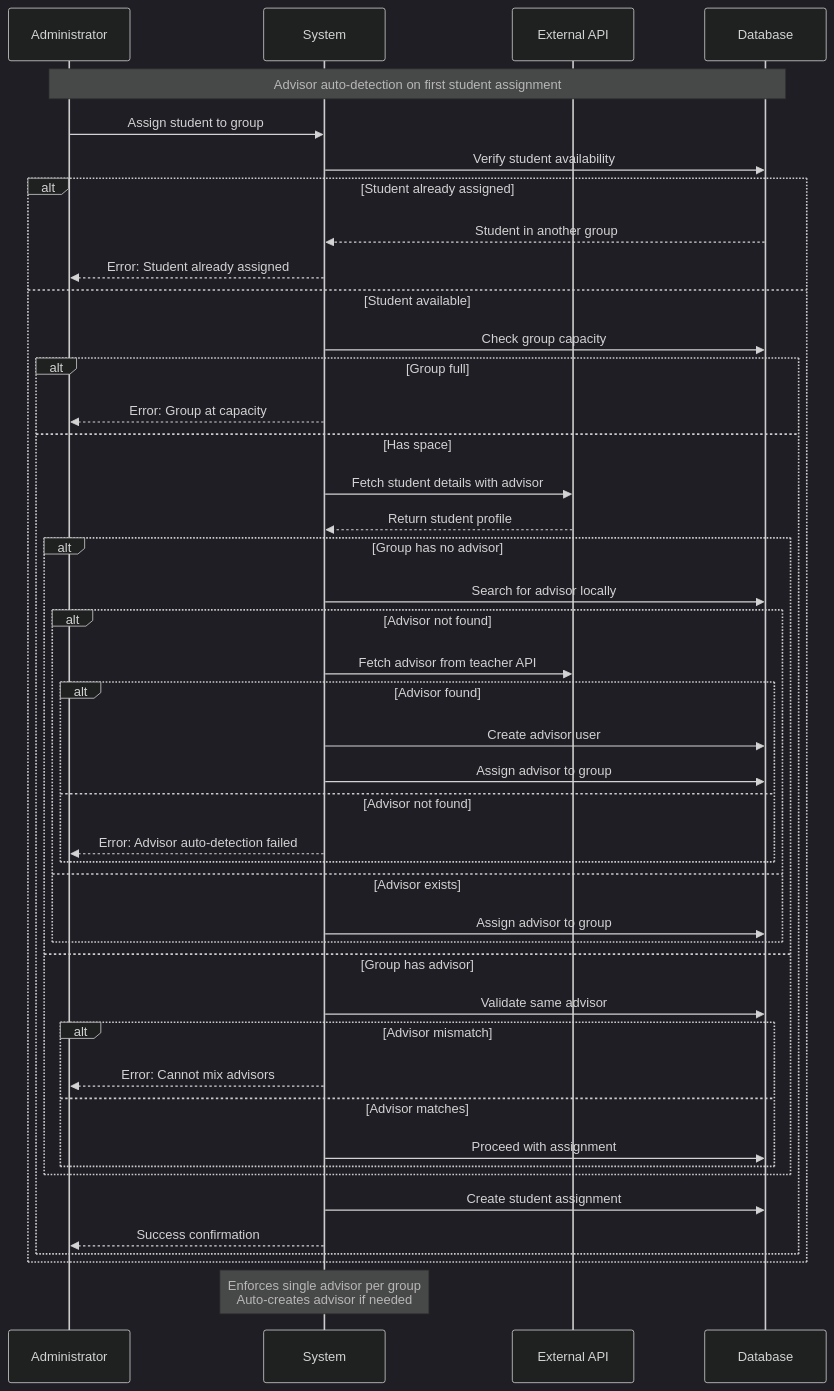
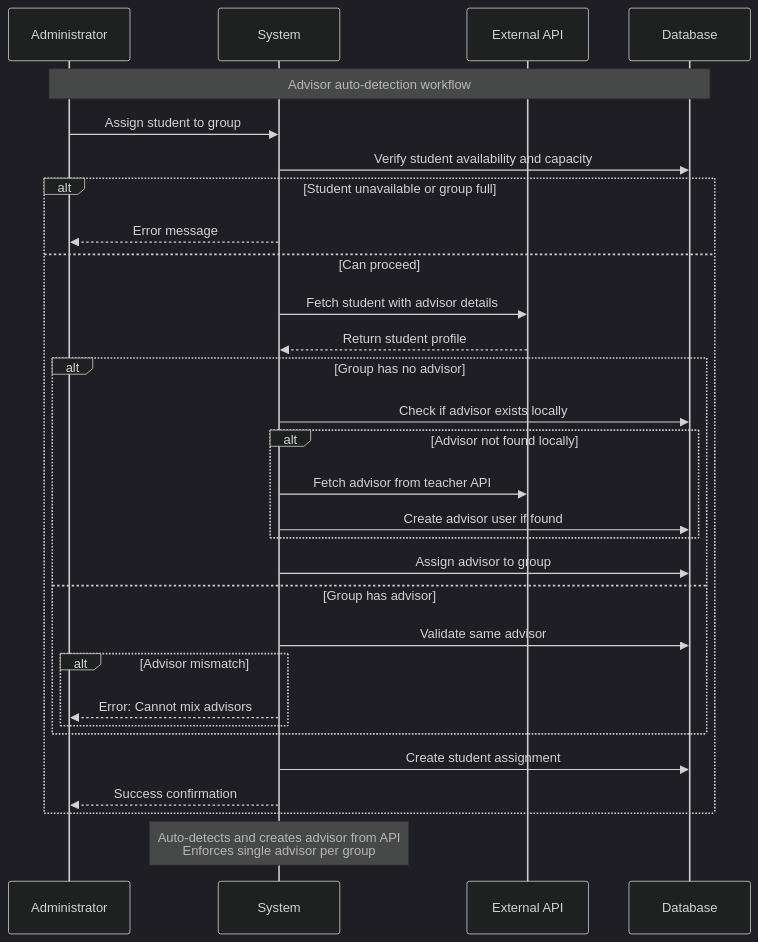
Diagram 29 of 37 in sequence-academic.md (abdullah2323442/thesisrepo-backup), drawn with Mermaid (dark theme) before and after one commit. The commit also changed other lines of this file, not shown here.

Commit message:
update sequence academic md

````diff
--- a/sequence-academic.md
+++ b/sequence-academic.md
@@ -949,56 +949,41 @@
 ```mermaid
 sequenceDiagram
     participant Administrator
     participant System
     participant External API
     participant Database
 
-    Note over Administrator,Database: Advisor auto-detection on first student assignment
+    Note over Administrator,Database: Advisor auto-detection workflow
     
     Administrator->>System: Assign student to group
-    System->>Database: Verify student availability
+    System->>Database: Verify student availability and capacity
     
-    alt Student already assigned
-        Database-->>System: Student in another group
-        System-->>Administrator: Error: Student already assigned
-    else Student available
-        System->>Database: Check group capacity
+    alt Student unavailable or group full
+        System-->>Administrator: Error message
+    else Can proceed
+        System->>External API: Fetch student with advisor details
+        External API-->>System: Return student profile
         
-        alt Group full
-            System-->>Administrator: Error: Group at capacity
-        else Has space
-            System->>External API: Fetch student details with advisor
-            External API-->>System: Return student profile
+        alt Group has no advisor
+            System->>Database: Check if advisor exists locally
             
-            alt Group has no advisor
-                System->>Database: Search for advisor locally
-                
-                alt Advisor not found
-                    System->>External API: Fetch advisor from teacher API
-                    
-                    alt Advisor found
-                        System->>Database: Create advisor user
-                        System->>Database: Assign advisor to group
-                    else Advisor not found
-                        System-->>Administrator: Error: Advisor auto-detection failed
-                    end
-                else Advisor exists
-                    System->>Database: Assign advisor to group
-                end
-            else Group has advisor
-                System->>Database: Validate same advisor
-                
-                alt Advisor mismatch
-                    System-->>Administrator: Error: Cannot mix advisors
-                else Advisor matches
-                    System->>Database: Proceed with assignment
-                end
+            alt Advisor not found locally
+                System->>External API: Fetch advisor from teacher API
+                System->>Database: Create advisor user if found
             end
             
-            System->>Database: Create student assignment
-            System-->>Administrator: Success confirmation
+            System->>Database: Assign advisor to group
+        else Group has advisor
+            System->>Database: Validate same advisor
+            
+            alt Advisor mismatch
+                System-->>Administrator: Error: Cannot mix advisors
+            end
         end
+        
+        System->>Database: Create student assignment
+        System-->>Administrator: Success confirmation
     end
     
-    Note over System: Enforces single advisor per group<br/>Auto-creates advisor if needed
+    Note over System: Auto-detects and creates advisor from API<br/>Enforces single advisor per group
 ```
````
